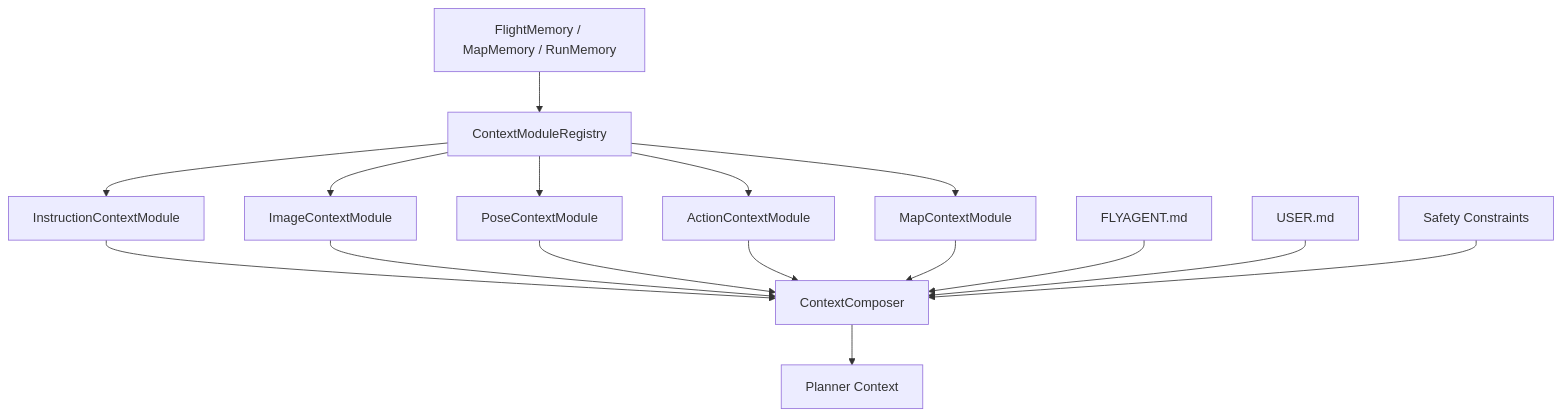
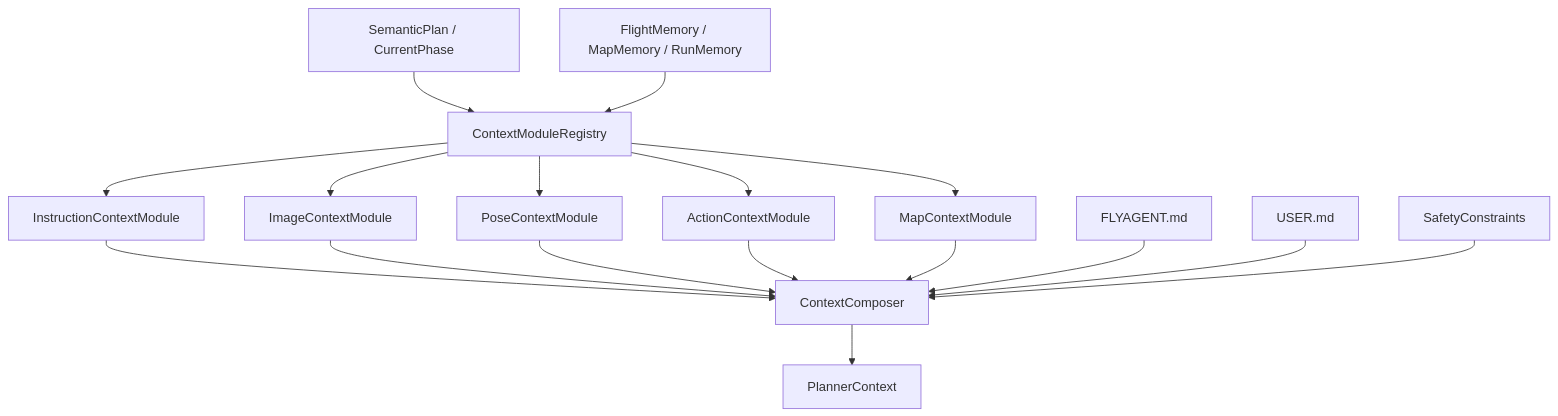
The third of 4 diagrams in docs/memory_system/03_context_composition.md (LZ6years/AeroPilot), drawn with Mermaid before and after one commit. The commit also changed other lines of this file and 92 other files, not shown here.

````diff
--- a/docs/memory_system/03_context_composition.md
+++ b/docs/memory_system/03_context_composition.md
@@ -52,18 +124,19 @@
 ```mermaid
 flowchart TD
-    A["FlightMemory / MapMemory / RunMemory"] --> R["ContextModuleRegistry"]
+    CP["SemanticPlan / CurrentPhase"] --> R["ContextModuleRegistry"]
+    A["FlightMemory / MapMemory / RunMemory"] --> R
     R --> I["InstructionContextModule"]
     R --> IMG["ImageContextModule"]
     R --> P["PoseContextModule"]
     R --> ACT["ActionContextModule"]
     R --> M["MapContextModule"]
     I --> C["ContextComposer"]
     IMG --> C
     P --> C
     ACT --> C
     M --> C
     F["FLYAGENT.md"] --> C
     U["USER.md"] --> C
-    S["Safety Constraints"] --> C
-    C --> O["Planner Context"]
+    S["SafetyConstraints"] --> C
+    C --> O["PlannerContext"]
 ```
````
